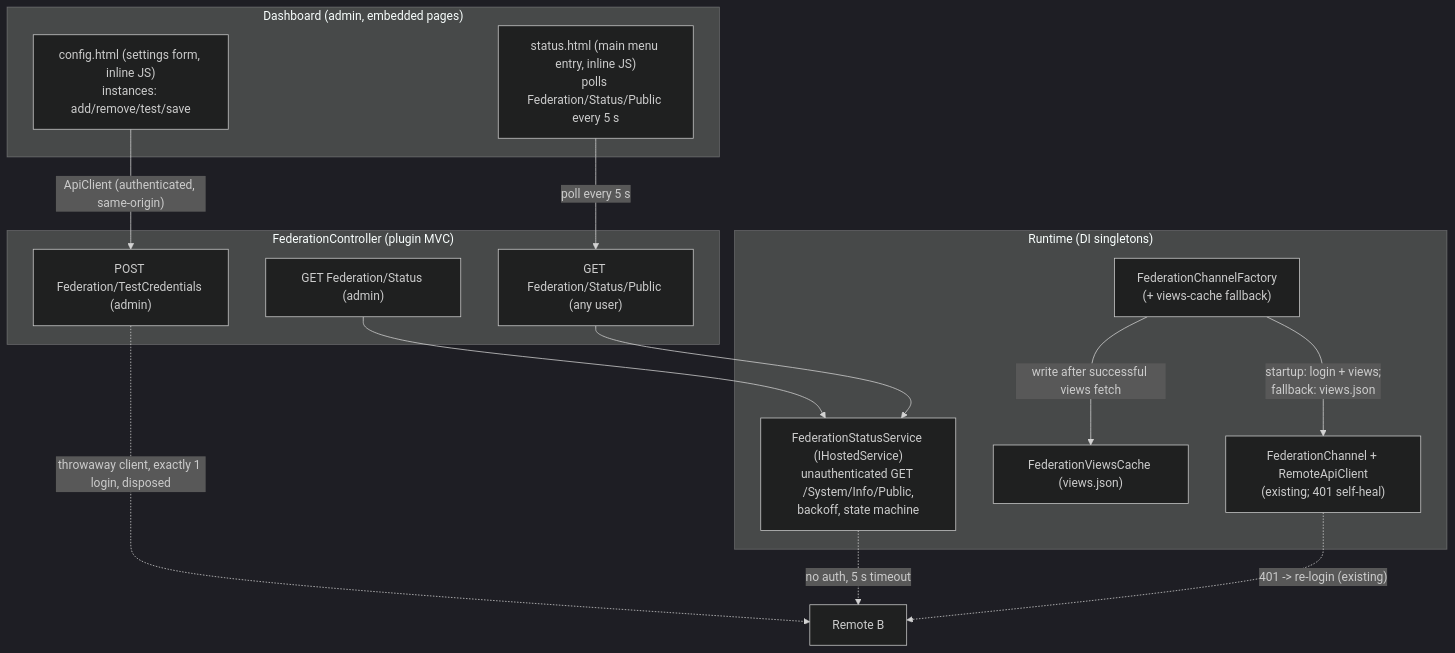
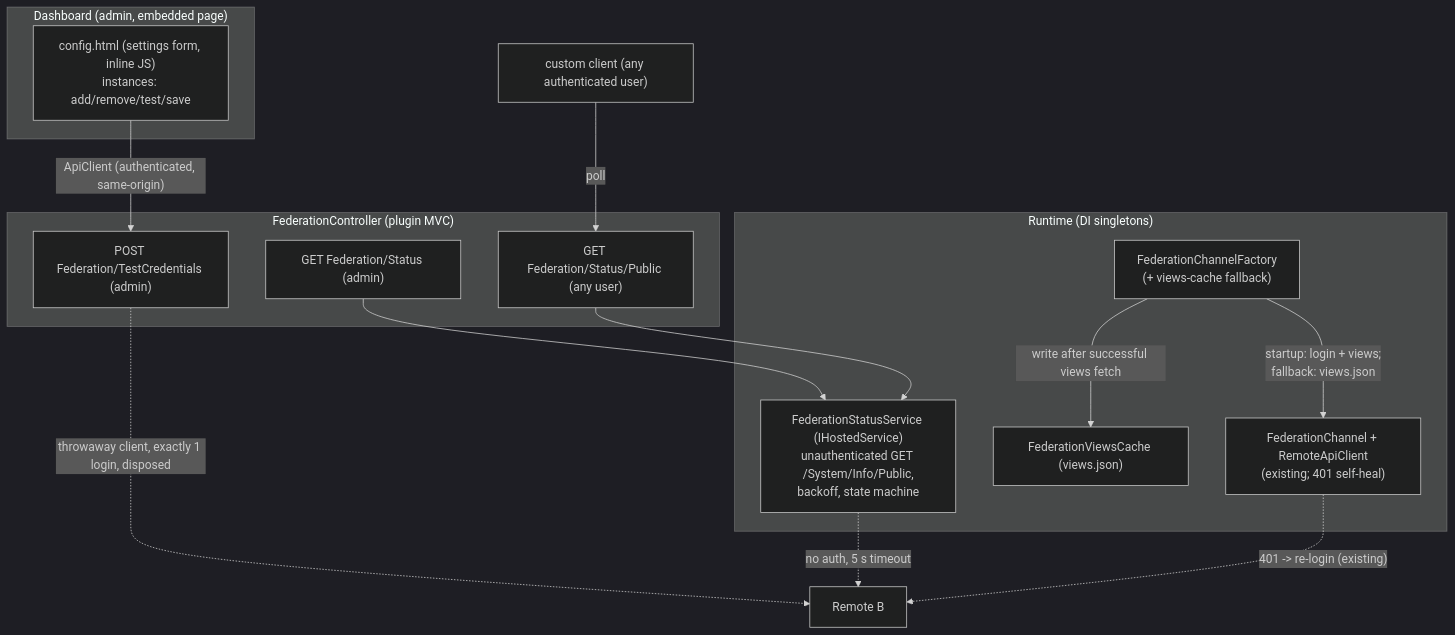
The diagram in docs/pi/specs/2026-11-22-ui-and-status-design.md (towi/jellyfin-federation), drawn with Mermaid (dark theme) before and after one commit. The commit also changed other lines of this file and 8 other files, not shown here.

First line of the commit message:
refactor: drop the status page — ship settings-only UI

````diff
--- a/docs/pi/specs/2026-11-22-ui-and-status-design.md
+++ b/docs/pi/specs/2026-11-22-ui-and-status-design.md
@@ -55,29 +55,29 @@
 ```mermaid
 flowchart TB
-  subgraph UI["Dashboard (admin, embedded pages)"]
+  subgraph UI["Dashboard (admin, embedded page)"]
     C["config.html (settings form, inline JS)<br/>instances: add/remove/test/save"]
-    SP["status.html (main menu entry, inline JS)<br/>polls Federation/Status/Public every 5 s"]
   end
   subgraph API["FederationController (plugin MVC)"]
     T["POST Federation/TestCredentials (admin)"]
     S["GET Federation/Status (admin)"]
     P["GET Federation/Status/Public (any user)"]
   end
   subgraph RT["Runtime (DI singletons)"]
     R["FederationStatusService (IHostedService)<br/>unauthenticated GET /System/Info/Public,<br/>backoff, state machine"]
     F["FederationChannelFactory<br/>(+ views-cache fallback)"]
     VC["FederationViewsCache (views.json)"]
     CA["FederationChannel + RemoteApiClient<br/>(existing; 401 self-heal)"]
   end
   B["Remote B"]
+  CLIENT["custom client (any authenticated user)"]
 
   C -- "ApiClient (authenticated, same-origin)" --> T
-  SP -- "poll every 5 s" --> P
+  CLIENT -- "poll" --> P
   S --> R
   P --> R
   T -. "throwaway client, exactly 1 login, disposed" .-> B
   R -. "no auth, 5 s timeout" .-> B
   F -- "startup: login + views;<br/>fallback: views.json" --> CA
   F -- "write after successful views fetch" --> VC
   CA -. "401 -> re-login (existing)" .-> B
 ```
````
